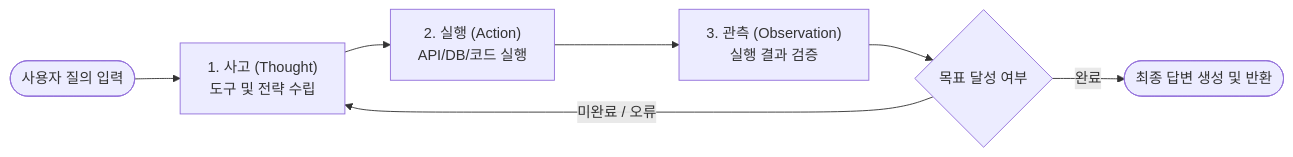
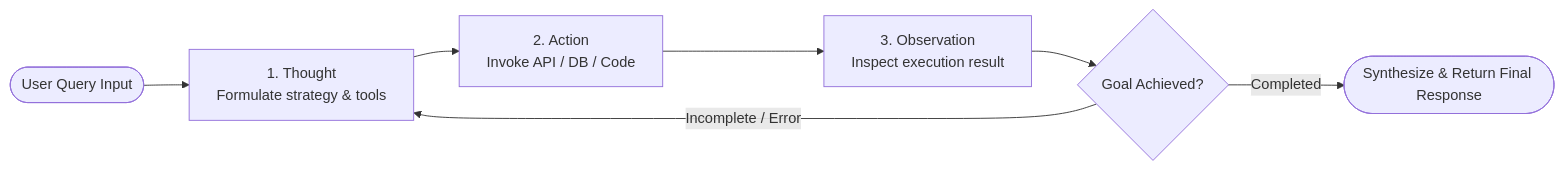
Before and after one commit to joincdream/goslide: the second of 2 diagrams in testdata/demo.md, drawn with Mermaid. The commit also changed other lines of this file and 14 other files, not shown here.

````diff
--- a/testdata/demo.md
+++ b/testdata/demo.md
@@ -240,9 +240,9 @@
 ```mermaid
 flowchart LR
-    Start(["사용자 질의 입력"]) --> Thought["1. 사고 (Thought)<br/>도구 및 전략 수립"]
-    Thought --> Action["2. 실행 (Action)<br/>API/DB/코드 실행"]
-    Action --> Obs["3. 관측 (Observation)<br/>실행 결과 검증"]
-    Obs --> Check{"목표 달성 여부"}
-    Check -- "미완료 / 오류" --> Thought
-    Check -- "완료" --> Final(["최종 답변 생성 및 반환"])
+    Start(["User Query Input"]) --> Thought["1. Thought<br/>Formulate strategy & tools"]
+    Thought --> Action["2. Action<br/>Invoke API / DB / Code"]
+    Action --> Obs["3. Observation<br/>Inspect execution result"]
+    Obs --> Check{"Goal Achieved?"}
+    Check -- "Incomplete / Error" --> Thought
+    Check -- "Completed" --> Final(["Synthesize & Return Final Response"])
 ```
````
